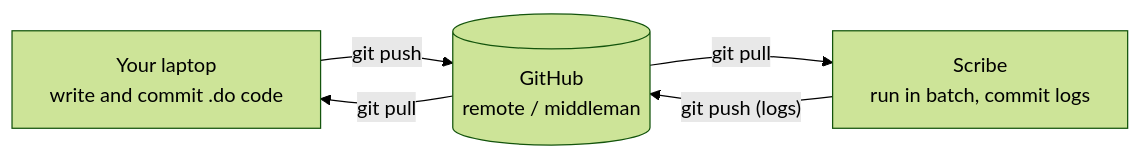
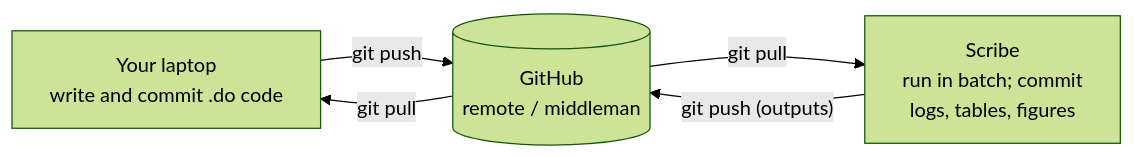
One commit to chesun/cel_resource_hub changed the diagram in docs/workflow-tips/local-server-sync.md. Above: the diagram before and after it, drawn with Mermaid (forest theme). The commit also changed other lines of this file and 1 other file, not shown here.

First line of the commit message:
Sync diagram: Scribe pushes outputs (tables, figures), not just logs

````diff
--- a/docs/workflow-tips/local-server-sync.md
+++ b/docs/workflow-tips/local-server-sync.md
@@ -51,10 +54,10 @@
 ```mermaid
 flowchart LR
     L["Your laptop<br/>write and commit .do code"]
     G[("GitHub<br/>remote / middleman")]
-    S["Scribe<br/>run in batch, commit logs"]
+    S["Scribe<br/>run in batch; commit<br/>logs, tables, figures"]
     L -- "git push" --> G
     G -- "git pull" --> S
-    S -- "git push (logs)" --> G
+    S -- "git push (outputs)" --> G
     G -- "git pull" --> L
 ```
````
